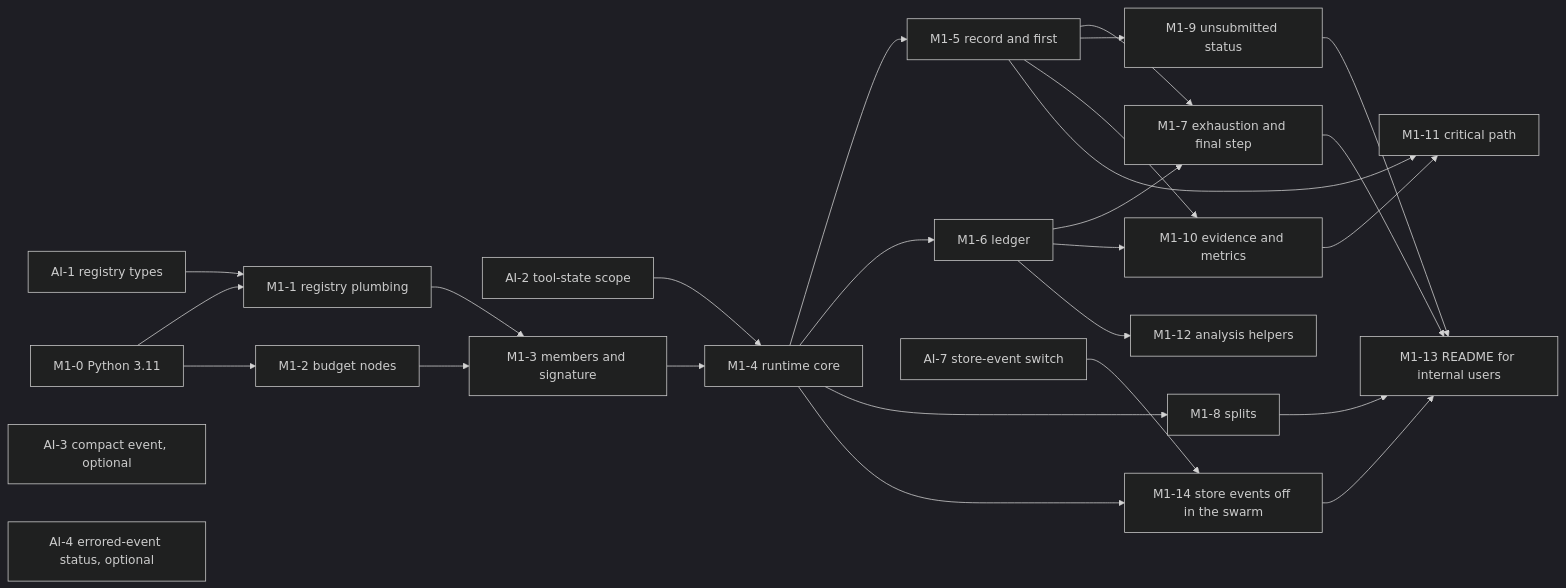
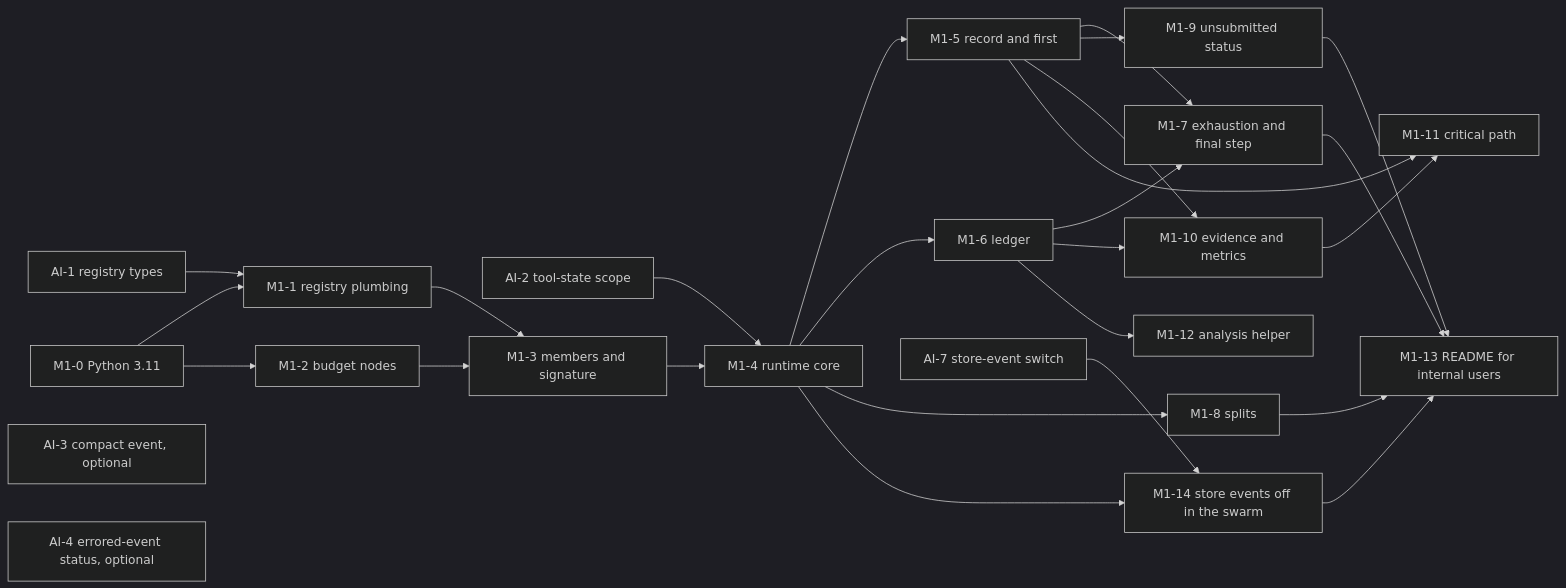
Before and after one commit to meridianlabs-ai/inspect_swarm: the first of 2 diagrams in design/swarm-implementation-plan.md, drawn with Mermaid (dark theme). The commit also changed other lines of this file and 7 other files, not shown here.

First line of the commit message:
feat: narrow the analysis helpers to sample_costs()

````diff
--- a/design/swarm-implementation-plan.md
+++ b/design/swarm-implementation-plan.md
@@ -117,29 +117,29 @@
 ```mermaid
 flowchart LR
   AI1[AI-1 registry types] --> M1_1
   AI2[AI-2 tool-state scope] --> M1_4
   M1_0[M1-0 Python 3.11] --> M1_1[M1-1 registry plumbing]
   M1_0 --> M1_2[M1-2 budget nodes]
   M1_1 --> M1_3[M1-3 members and signature]
   M1_2 --> M1_3
   M1_3 --> M1_4[M1-4 runtime core]
   M1_4 --> M1_5[M1-5 record and first]
   M1_4 --> M1_6[M1-6 ledger]
   M1_4 --> M1_8[M1-8 splits]
   M1_5 --> M1_7[M1-7 exhaustion and final step]
   M1_6 --> M1_7
   M1_5 --> M1_9[M1-9 unsubmitted status]
   M1_5 --> M1_10[M1-10 evidence and metrics]
   M1_6 --> M1_10
-  M1_6 --> M1_12[M1-12 analysis helpers]
+  M1_6 --> M1_12[M1-12 analysis helper]
   M1_5 --> M1_11[M1-11 critical path]
   M1_10 --> M1_11
   M1_7 --> M1_13[M1-13 README for internal users]
   M1_8 --> M1_13
   M1_9 --> M1_13
   AI3[AI-3 compact event, optional]
   AI4[AI-4 errored-event status, optional]
   AI7[AI-7 store-event switch] --> M1_14[M1-14 store events off in the swarm]
   M1_4 --> M1_14
   M1_14 --> M1_13
 ```
````
